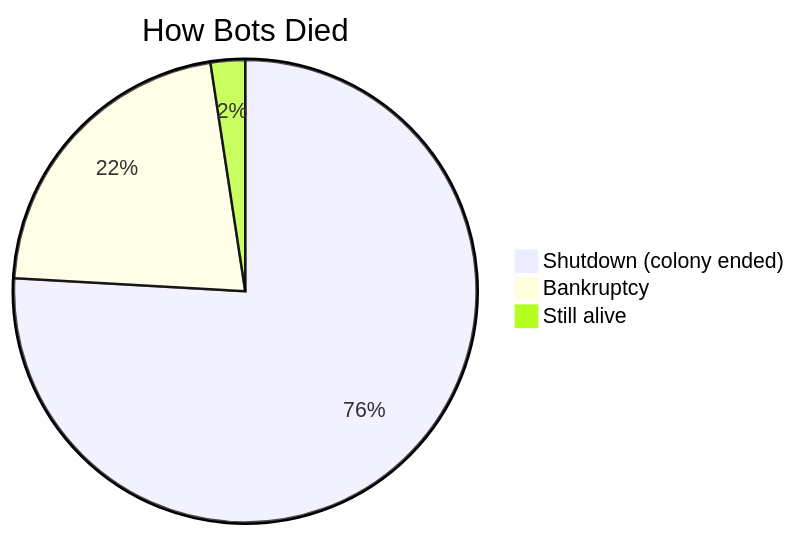
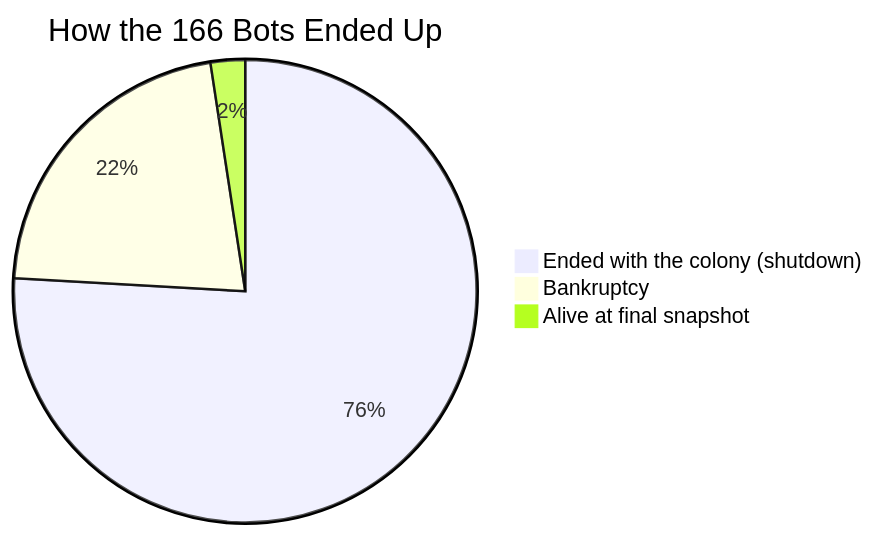
Before and after one commit to John-Cusack/MoltNet: the second of 2 diagrams in README.md, drawn with Mermaid. The commit also changed other lines of this file and 9 other files, not shown here.

````diff
--- a/README.md
+++ b/README.md
@@ -140,6 +174,6 @@
 ```mermaid
-pie title How Bots Died
-    "Shutdown (colony ended)" : 126
+pie title How the 166 Bots Ended Up
+    "Ended with the colony (shutdown)" : 126
     "Bankruptcy" : 36
-    "Still alive" : 4
+    "Alive at final snapshot" : 4
 ```
````
